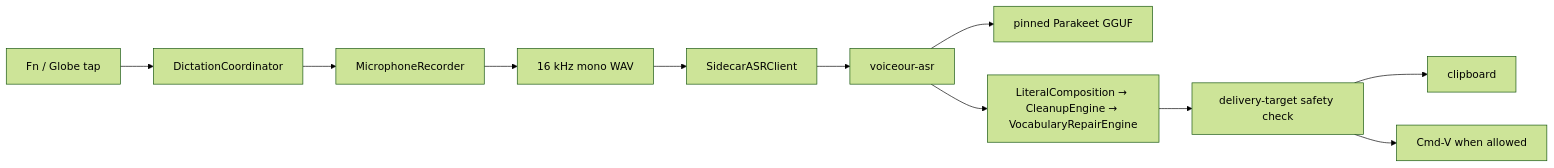
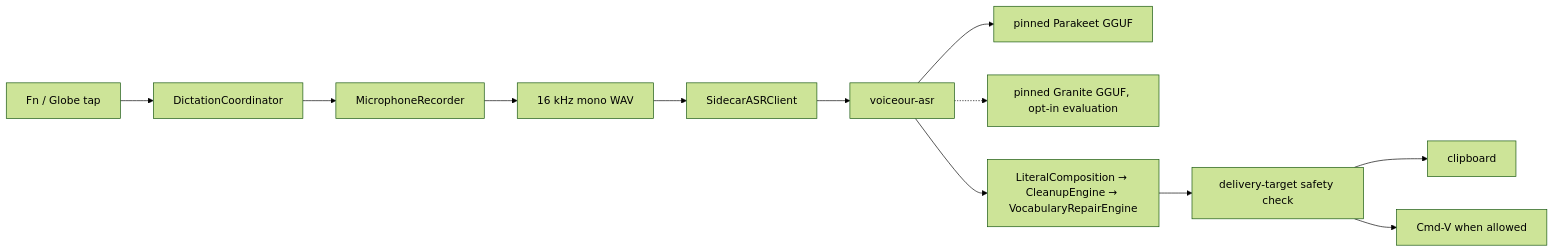
The diagram in README.md (joswha/voiceour), drawn with Mermaid (forest theme) before and after one commit. The commit also changed other lines of this file and 8 other files, not shown here.

First line of the commit message:
docs: document the Granite evaluation backend

````diff
--- a/README.md
+++ b/README.md
@@ -98,13 +98,14 @@
 ```mermaid
 flowchart LR
     Hotkey[Fn / Globe tap] --> Coordinator[DictationCoordinator]
     Coordinator --> Recorder[MicrophoneRecorder]
     Recorder --> WAV[16 kHz mono WAV]
     WAV --> Client[SidecarASRClient]
     Client --> Sidecar[voiceour-asr]
     Sidecar --> Model[pinned Parakeet GGUF]
+    Sidecar -.-> Granite[pinned Granite GGUF, opt-in evaluation]
     Sidecar --> Text[LiteralComposition → CleanupEngine → VocabularyRepairEngine]
     Text --> Safety[delivery-target safety check]
     Safety --> Clipboard[clipboard]
     Safety --> Paste[Cmd-V when allowed]
 ```
````
